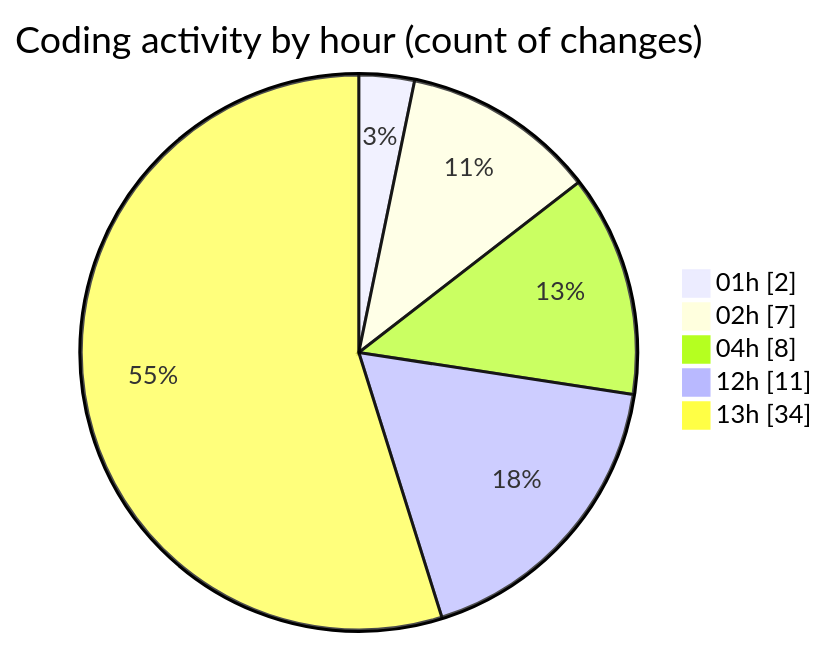
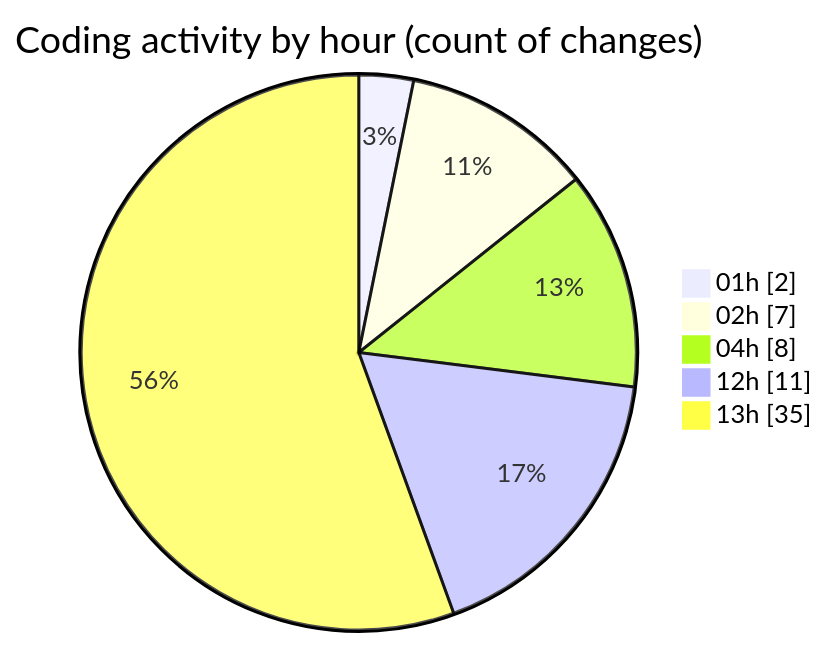
Before and after one commit to lephambinh05/code-tracking: the second of 2 diagrams in 2025-08-11/rentotp/README.md, drawn with Mermaid. The commit also changed other lines of this file and 1 other file, not shown here.

````diff
--- a/2025-08-11/rentotp/README.md
+++ b/2025-08-11/rentotp/README.md
@@ -42,9 +42,9 @@
 ```mermaid
 pie showData
 title Coding activity by hour (count of changes)
 "01h" : 2
 "02h" : 7
 "04h" : 8
 "12h" : 11
-"13h" : 34
+"13h" : 35
 ```
````
